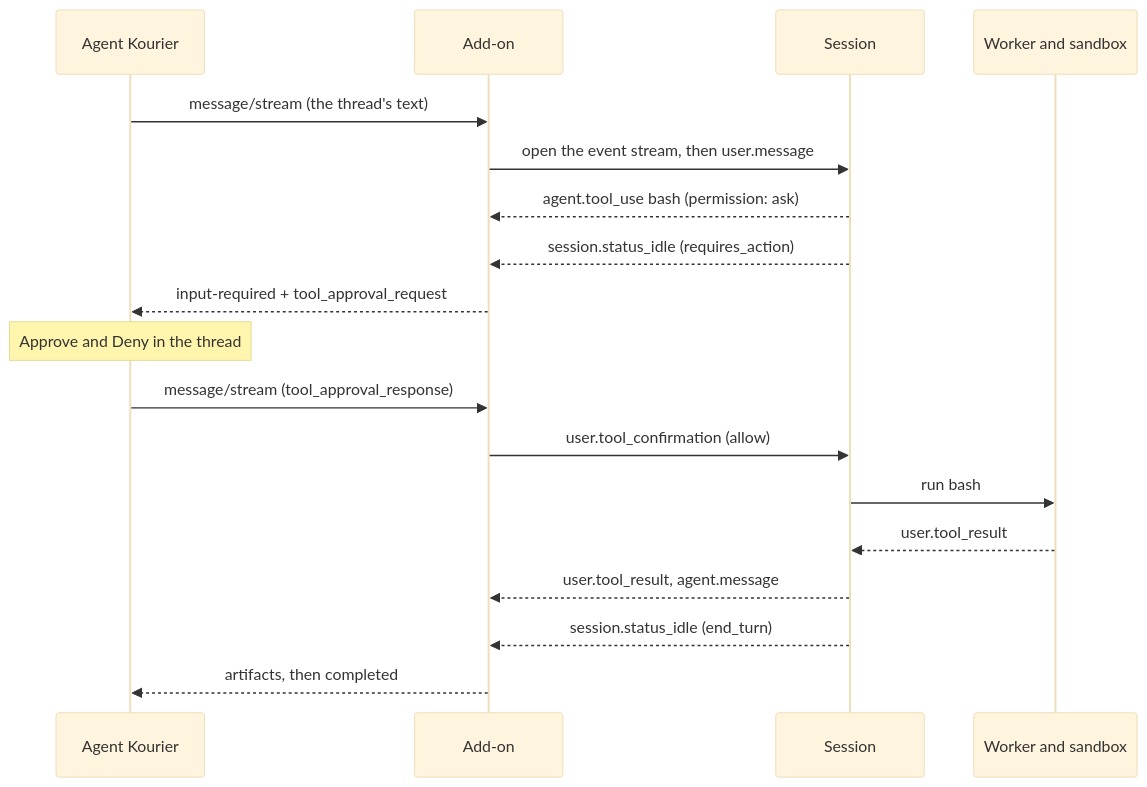
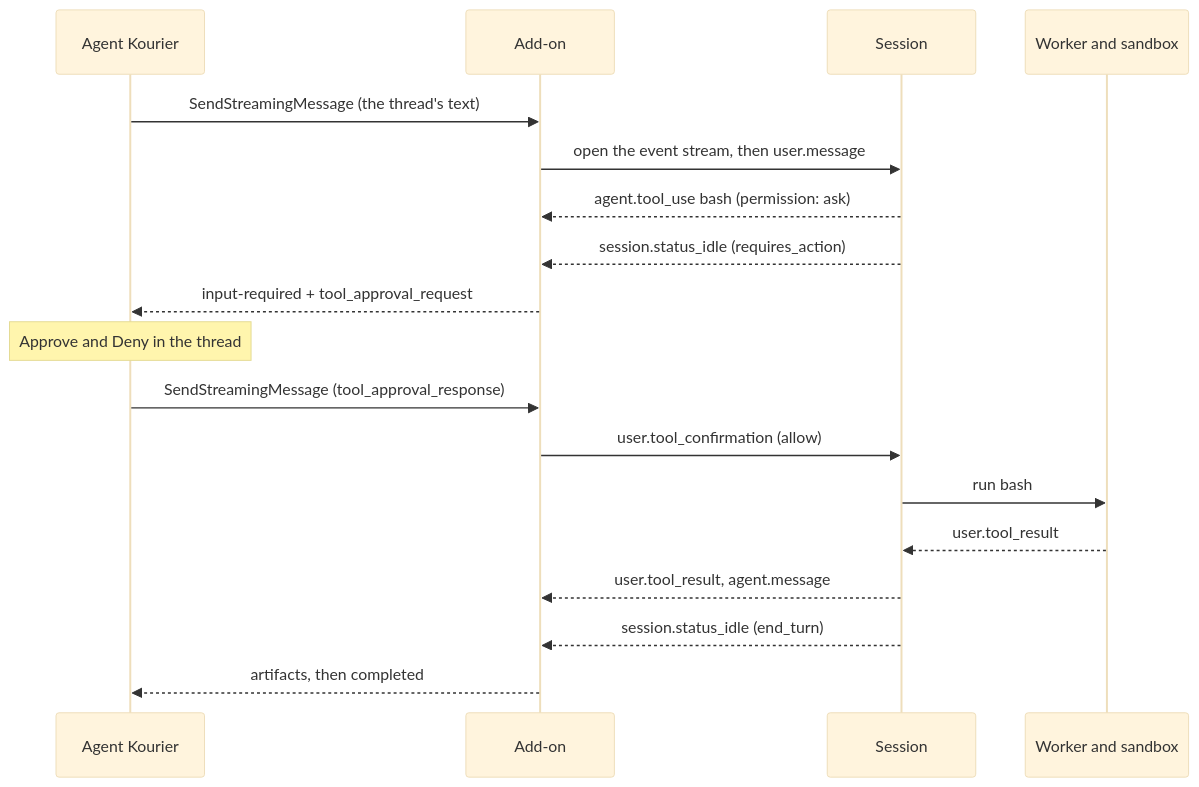
One commit to agentkourier/agent-kourier changed the second of 2 diagrams in docs/reference/claude-managed-agents.md. Above: the diagram before and after it, drawn with Mermaid (base theme). The commit also changed other lines of this file and 10 other files, not shown here.

````diff
--- a/docs/reference/claude-managed-agents.md
+++ b/docs/reference/claude-managed-agents.md
@@ -42,21 +43,21 @@
 ```mermaid
 sequenceDiagram
   participant K as Agent Kourier
   participant A as Add-on
   participant C as Session
   participant W as Worker and sandbox
 
-  K->>A: message/stream (the thread's text)
+  K->>A: SendStreamingMessage (the thread's text)
   A->>C: open the event stream, then user.message
   C-->>A: agent.tool_use bash (permission: ask)
   C-->>A: session.status_idle (requires_action)
   A-->>K: input-required + tool_approval_request
   Note over K: Approve and Deny in the thread
-  K->>A: message/stream (tool_approval_response)
+  K->>A: SendStreamingMessage (tool_approval_response)
   A->>C: user.tool_confirmation (allow)
   C->>W: run bash
   W-->>C: user.tool_result
   C-->>A: user.tool_result, agent.message
   C-->>A: session.status_idle (end_turn)
   A-->>K: artifacts, then completed
 ```
````
